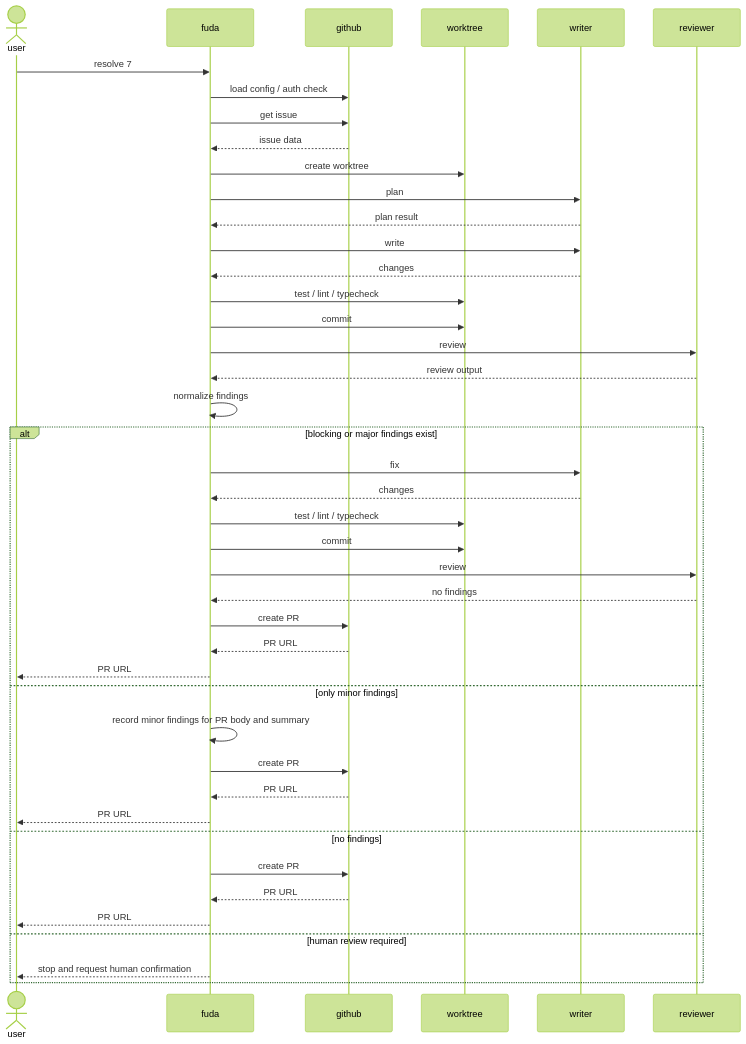
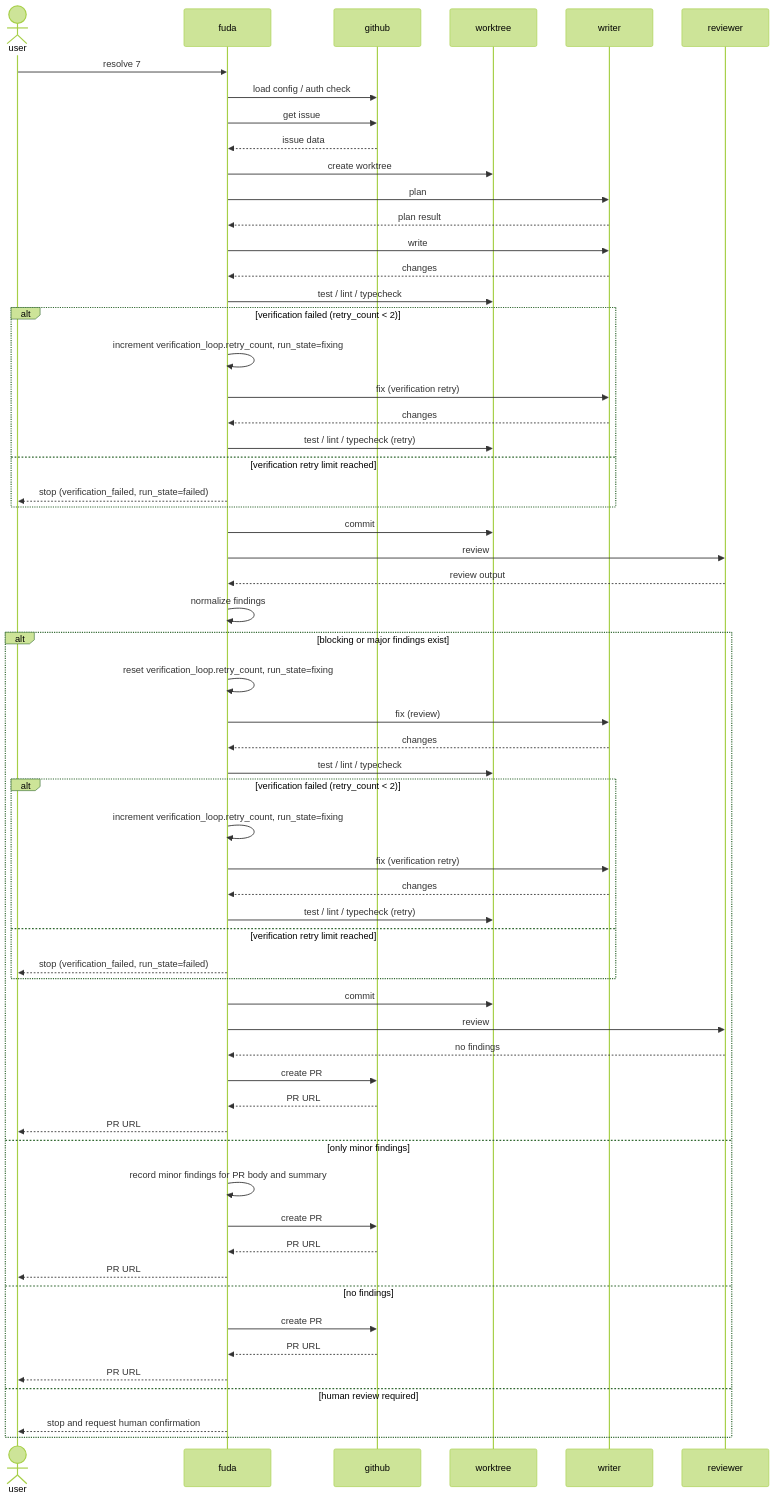
The first of 4 diagrams in docs/internal/processing-sequence.md (tooppoo/Fuda), drawn with Mermaid (forest theme) before and after one commit. The commit also changed other lines of this file and 5 other files, not shown here.

First line of the commit message:
feat: separate verification loop from review loop (Issue #27) (#39)

````diff
--- a/docs/internal/processing-sequence.md
+++ b/docs/internal/processing-sequence.md
@@ -49,47 +49,68 @@
 ```mermaid
 sequenceDiagram
     actor user
     participant fuda
     participant github
     participant worktree
     participant writer
     participant reviewer
 
     user->>fuda: resolve 7
     fuda->>github: load config / auth check
     fuda->>github: get issue
     github-->>fuda: issue data
     fuda->>worktree: create worktree
     fuda->>writer: plan
     writer-->>fuda: plan result
     fuda->>writer: write
     writer-->>fuda: changes
     fuda->>worktree: test / lint / typecheck
+
+    alt verification failed (retry_count < 2)
+        fuda->>fuda: increment verification_loop.retry_count, run_state=fixing
+        fuda->>writer: fix (verification retry)
+        writer-->>fuda: changes
+        fuda->>worktree: test / lint / typecheck (retry)
+    else verification retry limit reached
+        fuda-->>user: stop (verification_failed, run_state=failed)
+    end
+
     fuda->>worktree: commit
     fuda->>reviewer: review
     reviewer-->>fuda: review output
     fuda->>fuda: normalize findings
 
     alt blocking or major findings exist
-        fuda->>writer: fix
+        fuda->>fuda: reset verification_loop.retry_count, run_state=fixing
+        fuda->>writer: fix (review)
         writer-->>fuda: changes
         fuda->>worktree: test / lint / typecheck
+
+        alt verification failed (retry_count < 2)
+            fuda->>fuda: increment verification_loop.retry_count, run_state=fixing
+            fuda->>writer: fix (verification retry)
+            writer-->>fuda: changes
+            fuda->>worktree: test / lint / typecheck (retry)
+        else verification retry limit reached
+            fuda-->>user: stop (verification_failed, run_state=failed)
+        end
+
         fuda->>worktree: commit
         fuda->>reviewer: review
         reviewer-->>fuda: no findings
         fuda->>github: create PR
         github-->>fuda: PR URL
         fuda-->>user: PR URL
     else only minor findings
         fuda->>fuda: record minor findings for PR body and summary
         fuda->>github: create PR
         github-->>fuda: PR URL
         fuda-->>user: PR URL
     else no findings
         fuda->>github: create PR
         github-->>fuda: PR URL
         fuda-->>user: PR URL
     else human review required
         fuda-->>user: stop and request human confirmation
     end
 ```
````
